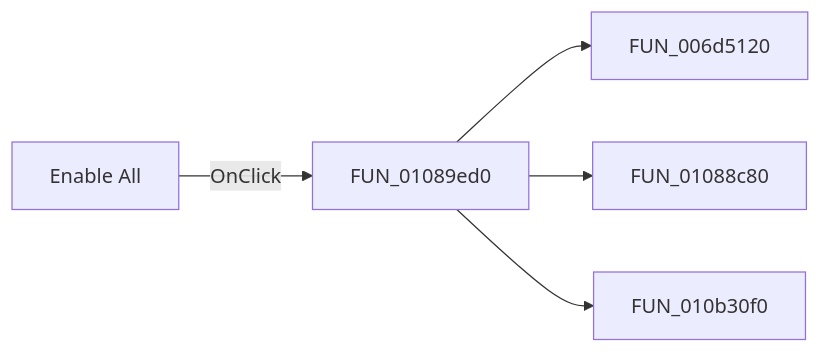
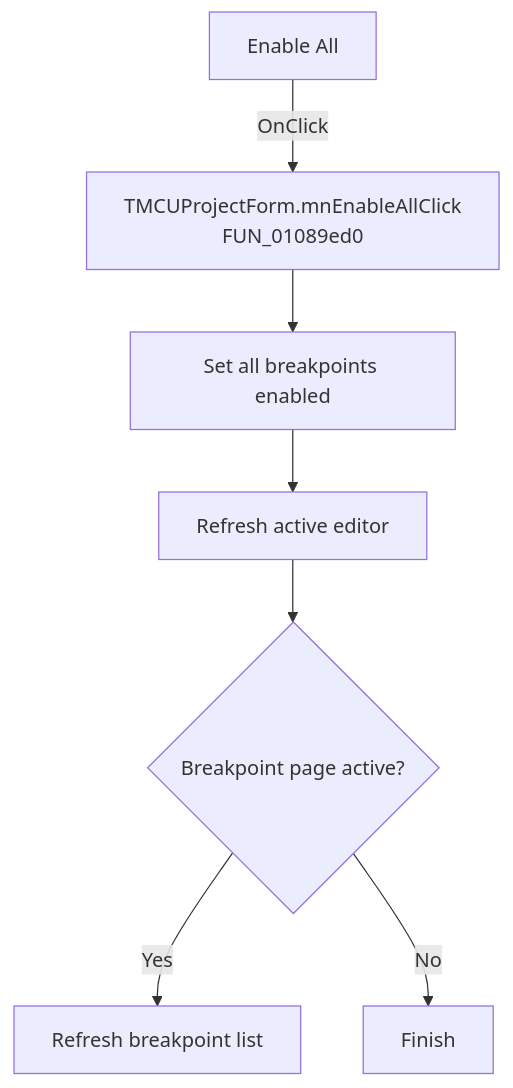
The diagram in docs/ui-controls/mcuprojectform/mnenableall-1a89d06c2f.md (MovGP0/TIARA), drawn with Mermaid before and after one commit. The commit also changed other lines of this file and 1062 other files, not shown here.

````diff
--- a/docs/ui-controls/mcuprojectform/mnenableall-1a89d06c2f.md
+++ b/docs/ui-controls/mcuprojectform/mnenableall-1a89d06c2f.md
@@ -27,7 +27,9 @@
 ```mermaid
-flowchart LR
-    control["Enable All"] -->|OnClick| handler["FUN_01089ed0"]
-    handler --> call1["FUN_006d5120"]
-    handler --> call2["FUN_01088c80"]
-    handler --> call3["FUN_010b30f0"]
+flowchart TD
+    control["Enable All"] -->|OnClick| handler["TMCUProjectForm.mnEnableAllClick<br/>FUN_01089ed0"]
+    handler --> enable["Set all breakpoints enabled"]
+    enable --> editor["Refresh active editor"]
+    editor --> page{"Breakpoint page active?"}
+    page -->|Yes| panel["Refresh breakpoint list"]
+    page -->|No| done["Finish"]
 ```
````
